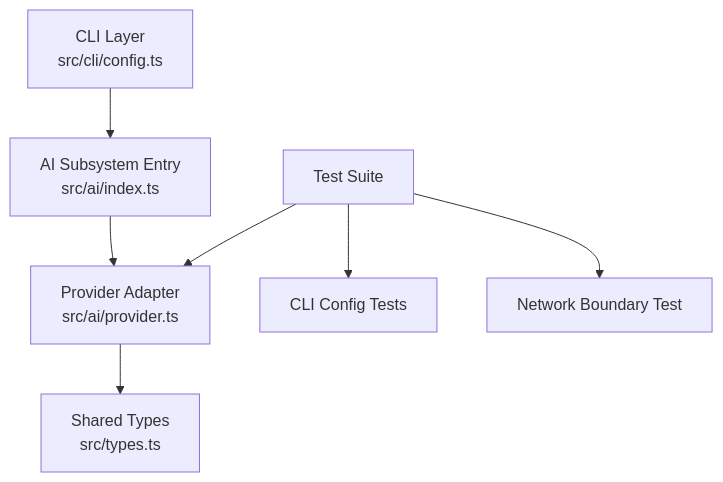
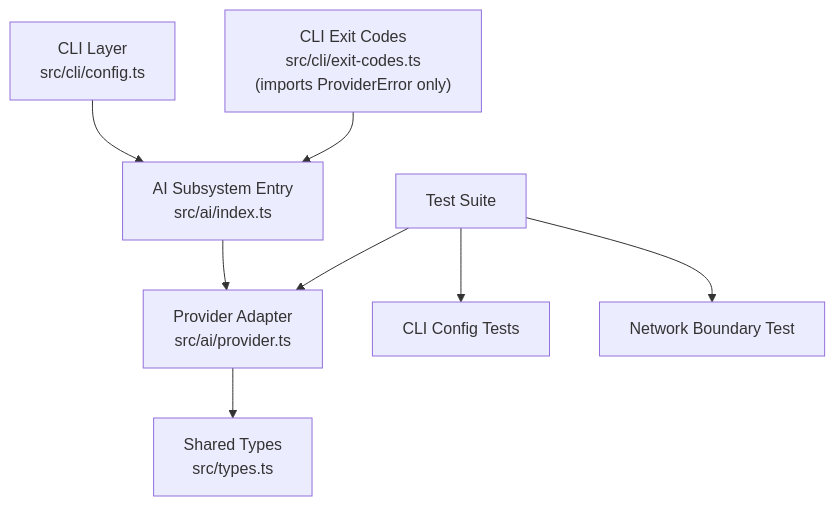
The first of 9 diagrams in Architecture Decision Records/AI Integration and Phase 2 Design.md (Kuldeep2822k/palee-architecture), drawn with Mermaid before and after one commit. The commit also changed other lines of this file and 8 other files, not shown here.

Commit message:
docs(adr): fix lifecycle statuses, stale-temp order and planning diagrams

````diff
--- a/Architecture Decision Records/AI Integration and Phase 2 Design.md
+++ b/Architecture Decision Records/AI Integration and Phase 2 Design.md
@@ -47,9 +47,10 @@
 ```mermaid
 graph TB
     CLI["CLI Layer<br/>src/cli/config.ts"] --> AIIndex["AI Subsystem Entry<br/>src/ai/index.ts"]
+    ExitCodes["CLI Exit Codes<br/>src/cli/exit-codes.ts<br/>(imports ProviderError only)"] --> AIIndex
     AIIndex --> Provider["Provider Adapter<br/>src/ai/provider.ts"]
     Provider --> Types["Shared Types<br/>src/types.ts"]
     Tests["Test Suite"] --> Provider
     Tests --> Config["CLI Config Tests"]
     Tests --> Boundary["Network Boundary Test"]
 ```
````
